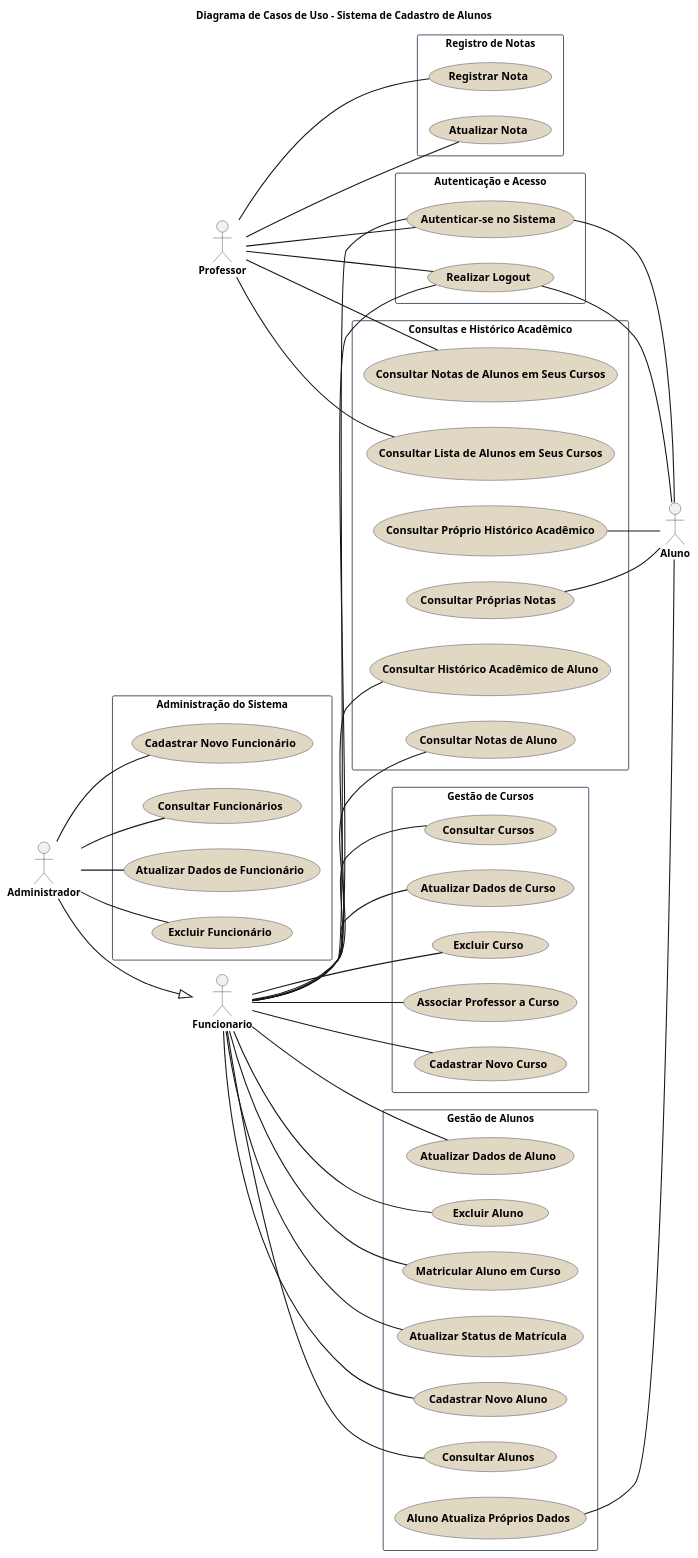
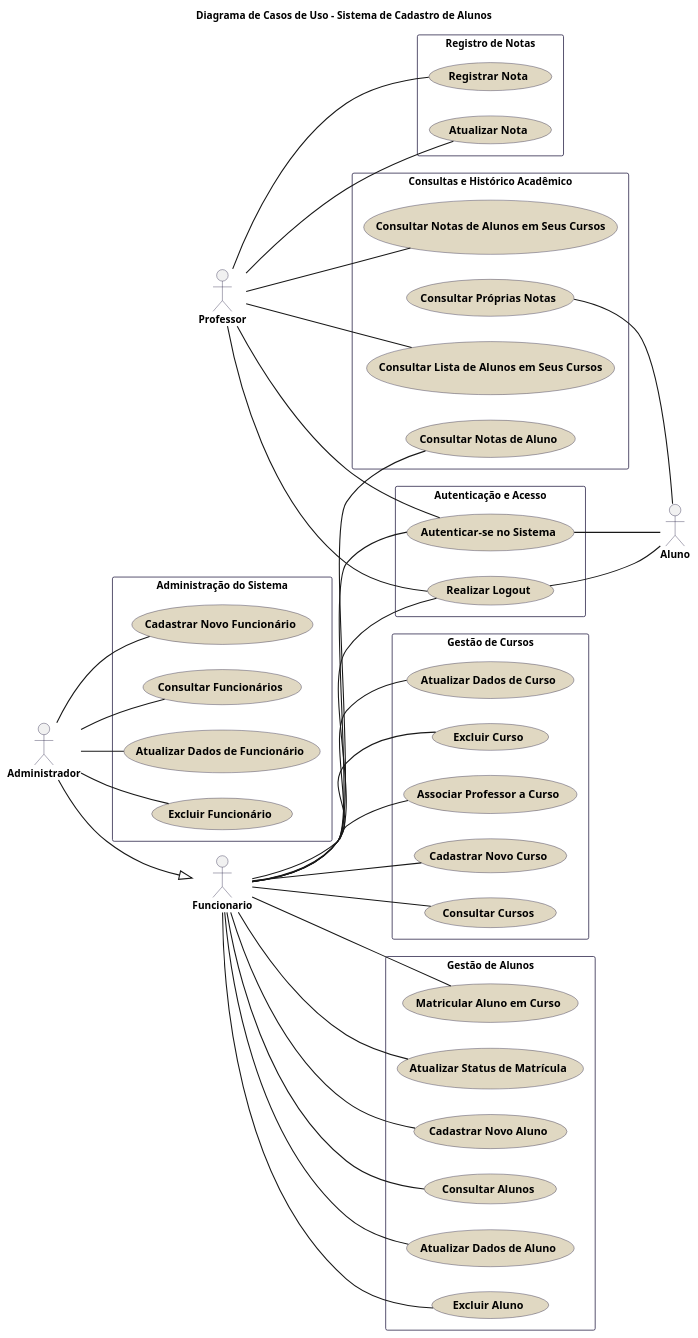
The diagram in Modelagem/Caso de Uso/UseCaseATT.iuml (marcelopinotti/A3-Cadastro_de_Alunos), drawn with PlantUML before and after one commit. The commit also changed 22 other files, not shown here.

```diff
--- a/Modelagem/Caso de Uso/UseCaseATT.iuml
+++ b/Modelagem/Caso de Uso/UseCaseATT.iuml
@@ -1,121 +1,116 @@
 @startuml
 
 left to right direction
 title Diagrama de Casos de Uso - Sistema de Cadastro de Alunos
 
 
 skinparam packageStyle rectangle
 
 skinparam actorBorderColor #191139
 skinparam actorFontStyle bold
 
 
 skinparam usecaseBorderColor #191139
 skinparam usecaseFontSize 15
 skinparam usecaseFontStyle bold
 skinparam usecaseBackgroundColor #E0D8C2
 
 skinparam packageBorderColor #191139
 skinparam packageFontSize 15
 skinparam packageFontStyle bold
 
 
 skinparam arrowThickness 1.5
 skinparam arrowFontColor #607D8B
 skinparam arrowFontSize 14 
 
 
 actor Funcionario
 actor Administrador
 actor Professor
 
 Administrador --|> Funcionario
 
 
 package "Autenticação e Acesso" {
   usecase "Autenticar-se no Sistema" as UC_AutenticarNoSistema
   usecase "Realizar Logout" as UC_RealizarLogout
 }
 
 package "Administração do Sistema" {
   usecase "Cadastrar Novo Funcionário" as UC_CadastrarFuncionario
   usecase "Consultar Funcionários" as UC_ListarFuncionarios
   usecase "Atualizar Dados de Funcionário" as UC_AtualizarFuncionario
   usecase "Excluir Funcionário" as UC_ExcluirFuncionario
 }
 
 package "Gestão de Alunos" {
   usecase "Cadastrar Novo Aluno" as UC_CadastrarAluno
   usecase "Consultar Alunos" as UC_ListarAlunos
   usecase "Atualizar Dados de Aluno" as UC_AtualizarDadosAlunoPorFunc
   usecase "Excluir Aluno" as UC_ExcluirAluno
   usecase "Matricular Aluno em Curso" as UC_MatricularAlunoEmCurso
   usecase "Atualizar Status de Matrícula" as UC_AtualizarStatusMatricula
-  usecase "Aluno Atualiza Próprios Dados" as UC_AlunoAtualizaPropriosDados
 }
 
 package "Gestão de Cursos" {
   usecase "Cadastrar Novo Curso" as UC_CadastrarCurso
   usecase "Consultar Cursos" as UC_ListarCursos
   usecase "Atualizar Dados de Curso" as UC_AtualizarDadosCurso
   usecase "Excluir Curso" as UC_ExcluirCurso
   usecase "Associar Professor a Curso" as UC_AssociarProfessorAoCurso
 }
 
 package "Registro de Notas" {
   usecase "Registrar Nota" as UC_RegistrarNota
   usecase "Atualizar Nota" as UC_AtualizarNota
 }
 
 package "Consultas e Histórico Acadêmico" {
-  usecase "Consultar Histórico Acadêmico de Aluno" as UC_FuncConsultarHistoricoAluno
   usecase "Consultar Notas de Aluno" as UC_FuncConsultarNotasAluno
-  usecase "Consultar Próprio Histórico Acadêmico" as UC_AlunoConsultarProprioHistorico
   usecase "Consultar Próprias Notas" as UC_AlunoConsultarPropriasNotas
   usecase "Consultar Notas de Alunos em Seus Cursos" as UC_ProfConsultarNotasAlunosCursos
   usecase "Consultar Lista de Alunos em Seus Cursos" as UC_ProfConsultarListaAlunosCursos
 }
 
 
 Funcionario -- UC_AutenticarNoSistema
 Funcionario -- UC_RealizarLogout
 Professor -- UC_AutenticarNoSistema
 Professor -- UC_RealizarLogout
 
 Administrador -- UC_CadastrarFuncionario
 Administrador -- UC_ListarFuncionarios
 Administrador -- UC_AtualizarFuncionario
 Administrador -- UC_ExcluirFuncionario
 
 Funcionario -- UC_CadastrarAluno
 Funcionario -- UC_ListarAlunos
 Funcionario -- UC_AtualizarDadosAlunoPorFunc
 Funcionario -- UC_ExcluirAluno
 Funcionario -- UC_MatricularAlunoEmCurso
 Funcionario -- UC_AtualizarStatusMatricula
 
 Funcionario -- UC_CadastrarCurso
 Funcionario -- UC_ListarCursos
 Funcionario -- UC_AtualizarDadosCurso
 Funcionario -- UC_ExcluirCurso
 Funcionario -- UC_AssociarProfessorAoCurso
 
 Professor -- UC_RegistrarNota
 Professor -- UC_AtualizarNota
 
-Funcionario -- UC_FuncConsultarHistoricoAluno
+
 Funcionario -- UC_FuncConsultarNotasAluno
 Professor -- UC_ProfConsultarNotasAlunosCursos
 Professor -- UC_ProfConsultarListaAlunosCursos
 
 
 actor Aluno
 
 
 UC_AutenticarNoSistema -- Aluno
 UC_RealizarLogout -- Aluno
-UC_AlunoAtualizaPropriosDados -- Aluno
-UC_AlunoConsultarProprioHistorico -- Aluno
 UC_AlunoConsultarPropriasNotas -- Aluno
 
 @enduml
```
